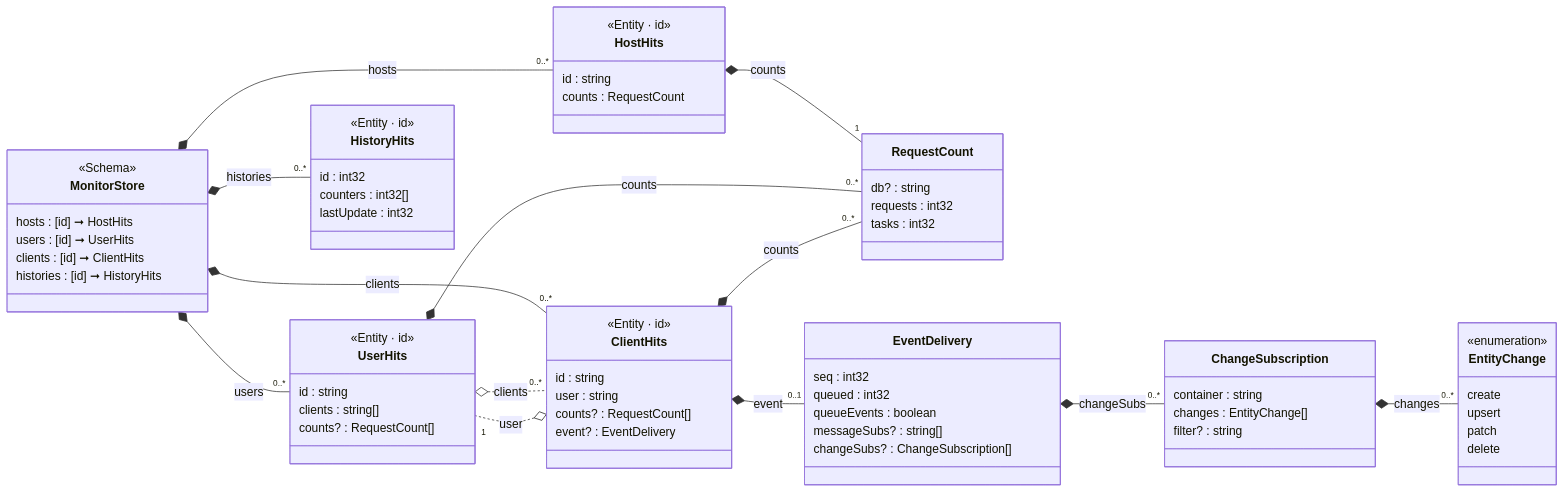
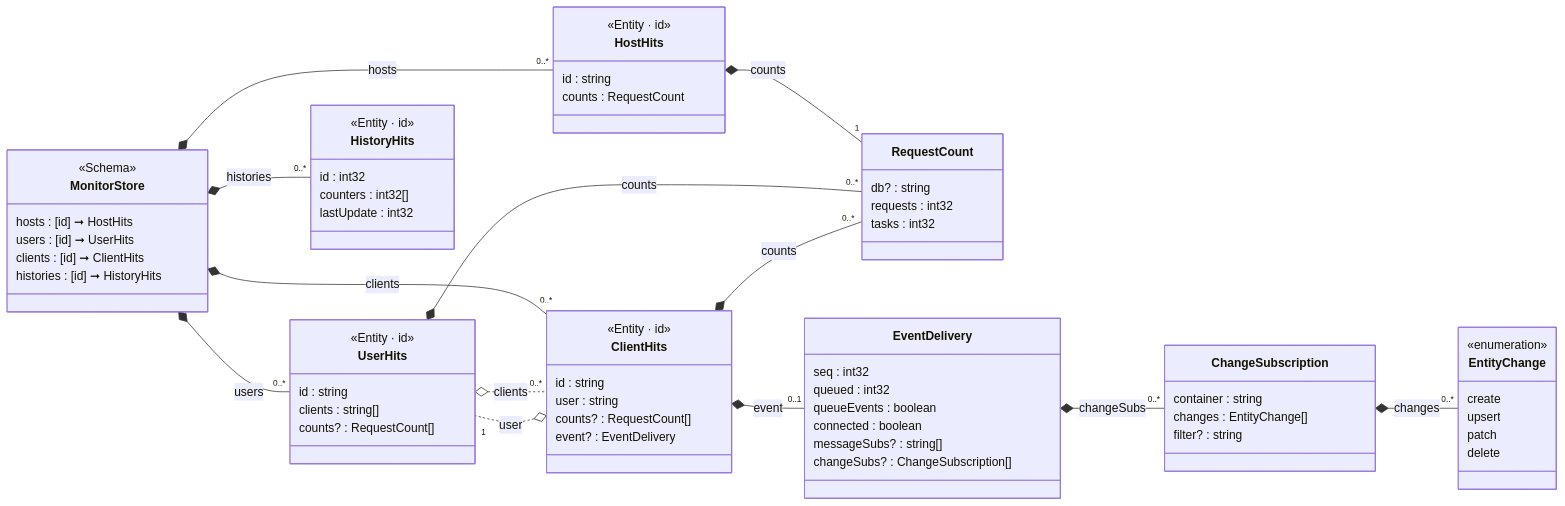
The diagram in Json.Tests/assets~/Schema/Markdown/MonitorStore/class-diagram.md (friflo/Friflo.Json.Fliox), drawn with Mermaid before and after one commit. The commit also changed 6 other files, not shown here.

````diff
--- a/Json.Tests/assets~/Schema/Markdown/MonitorStore/class-diagram.md
+++ b/Json.Tests/assets~/Schema/Markdown/MonitorStore/class-diagram.md
@@ -3,84 +3,85 @@
 ```mermaid
 classDiagram
 direction LR
 
 class MonitorStore:::cssSchema {
     <<Schema>>
     <<abstract>>
     hosts      : [id] ➞ HostHits
     users      : [id] ➞ UserHits
     clients    : [id] ➞ ClientHits
     histories  : [id] ➞ HistoryHits
 }
 MonitorStore *-- "0..*" HostHits : hosts
 MonitorStore *-- "0..*" UserHits : users
 MonitorStore *-- "0..*" ClientHits : clients
 MonitorStore *-- "0..*" HistoryHits : histories
 
 class HostHits:::cssEntity {
     <<Entity · id>>
     id      : string
     counts  : RequestCount
 }
 HostHits *-- "1" RequestCount : counts
 
 class UserHits:::cssEntity {
     <<Entity · id>>
     id       : string
     clients  : string[]
     counts?  : RequestCount[]
 }
 UserHits o.. "0..*" ClientHits : clients
 UserHits *-- "0..*" RequestCount : counts
 
 class ClientHits:::cssEntity {
     <<Entity · id>>
     id      : string
     user    : string
     counts? : RequestCount[]
     event?  : EventDelivery
 }
 ClientHits o.. "1" UserHits : user
 ClientHits *-- "0..*" RequestCount : counts
 ClientHits *-- "0..1" EventDelivery : event
 
 class HistoryHits:::cssEntity {
     <<Entity · id>>
     id          : int32
     counters    : int32[]
     lastUpdate  : int32
 }
 
 class RequestCount {
     db?       : string
     requests  : int32
     tasks     : int32
 }
 
 class EventDelivery {
     seq          : int32
     queued       : int32
     queueEvents  : boolean
+    connected    : boolean
     messageSubs? : string[]
     changeSubs?  : ChangeSubscription[]
 }
 EventDelivery *-- "0..*" ChangeSubscription : changeSubs
 
 class ChangeSubscription {
     container  : string
     changes    : EntityChange[]
     filter?    : string
 }
 ChangeSubscription *-- "0..*" EntityChange : changes
 
 class EntityChange:::cssEnum {
     <<enumeration>>
     create
     upsert
     patch
     delete
 }
 
 
 
 ```
````
